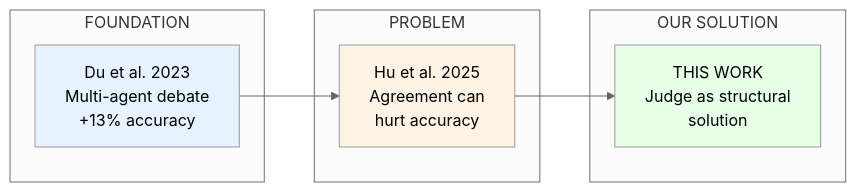
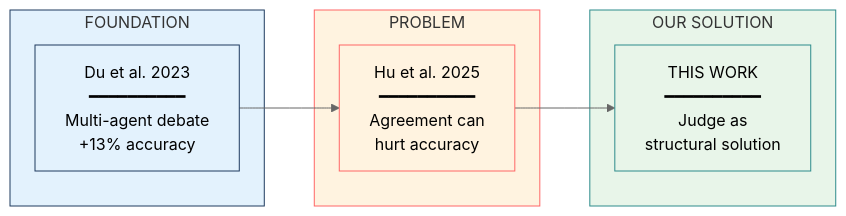
The fifth of 19 diagrams in PRESENTATION_OUTLINE.md (mikenk2010/COSC3009-Intelligent-Decision-Making-Advanced-IDM-Algorithm-Design), drawn with Mermaid (neutral theme) before and after one commit. The commit also changed other lines of this file, not shown here.

````diff
--- a/PRESENTATION_OUTLINE.md
+++ b/PRESENTATION_OUTLINE.md
@@ -214,20 +272,23 @@
 ```mermaid
 flowchart LR
     subgraph F["FOUNDATION"]
-        Du["Du et al. 2023<br/>Multi-agent debate<br/>+13% accuracy"]
+        Du["Du et al. 2023<br/>━━━━━━━━━━<br/>Multi-agent debate<br/>+13% accuracy"]
     end
 
     subgraph P["PROBLEM"]
-        Hu["Hu et al. 2025<br/>Agreement can<br/>hurt accuracy"]
+        Hu["Hu et al. 2025<br/>━━━━━━━━━━<br/>Agreement can<br/>hurt accuracy"]
     end
 
     subgraph S["OUR SOLUTION"]
-        Us["THIS WORK<br/>Judge as structural<br/>solution"]
+        Us["THIS WORK<br/>━━━━━━━━━━<br/>Judge as<br/>structural solution"]
     end
 
     Du --> Hu --> Us
 
-    style Du fill:#e6f3ff
-    style Hu fill:#fff3e6
-    style Us fill:#e6ffe6
+    style F fill:#e3f2fd,stroke:#1e3a5f
+    style P fill:#fff3e0,stroke:#ff6666
+    style S fill:#e8f5e9,stroke:#2d8b8b
+    style Du fill:#e3f2fd,stroke:#1e3a5f
+    style Hu fill:#fff3e0,stroke:#ff6666
+    style Us fill:#e8f5e9,stroke:#2d8b8b
 ```
````
